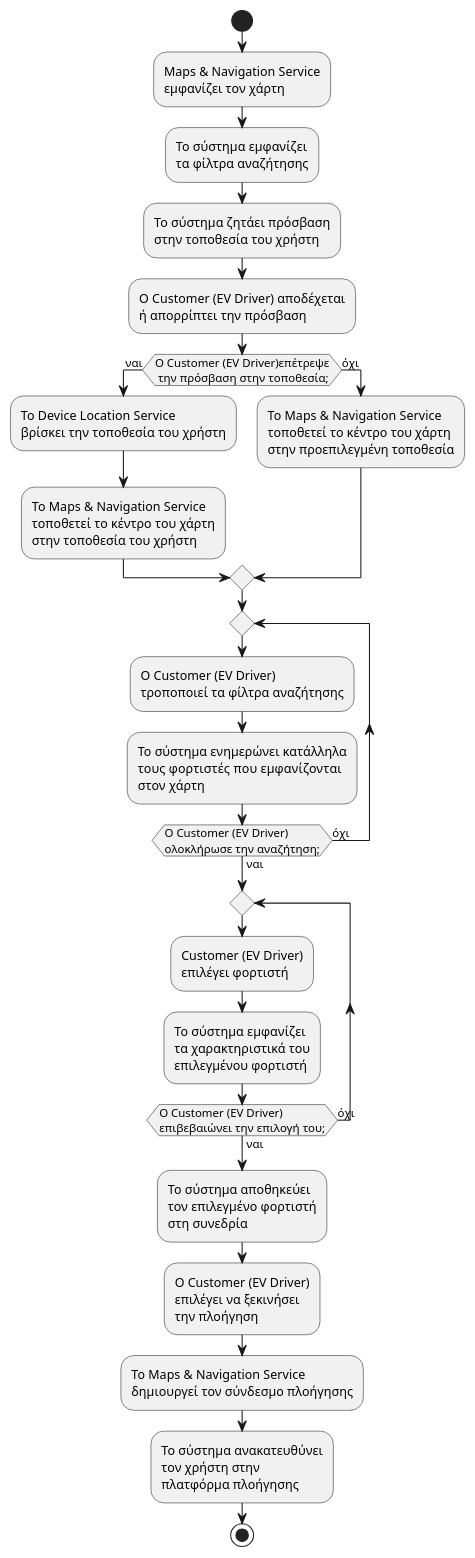
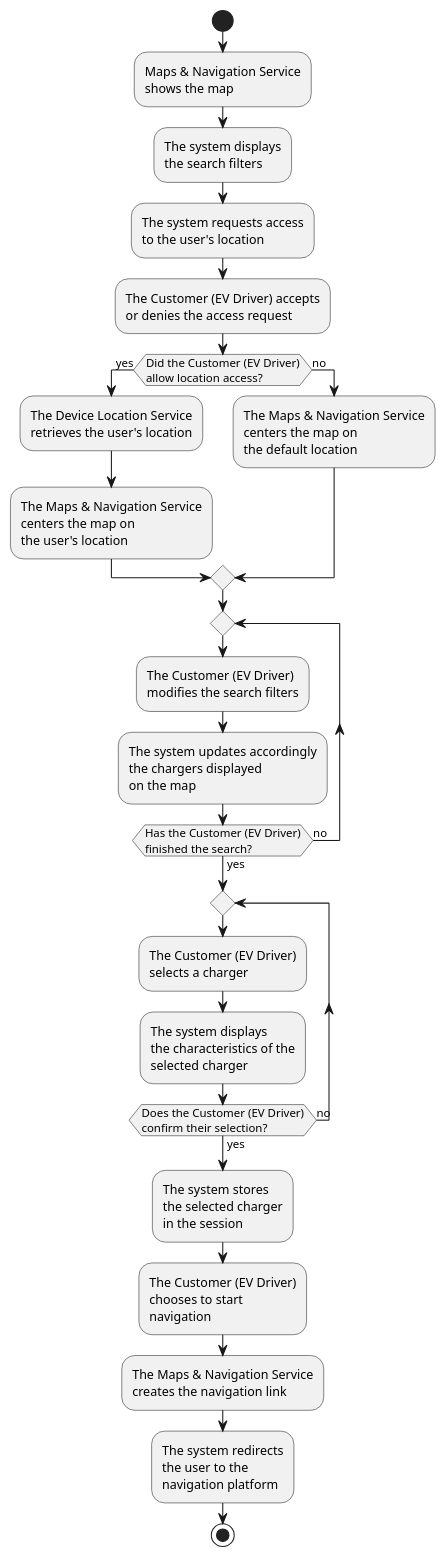
One commit to sotiriskavadakis/softeng25-42 changed the diagram in documentation/plantuml/code/findnav-activity-mainflow.puml. Above: the diagram before and after it, drawn with PlantUML. The commit also changed 2 other files, not shown here.

```diff
--- a/documentation/plantuml/code/findnav-activity-mainflow.puml
+++ b/documentation/plantuml/code/findnav-activity-mainflow.puml
@@ -1,38 +1,37 @@
 @startuml UC-FIND-NAV-main-activity
 
 start
 
-:Maps & Navigation Service\nεμφανίζει τον χάρτη;
-:Το σύστημα εμφανίζει\nτα φίλτρα αναζήτησης;
+:Maps & Navigation Service\nshows the map;
+:The system displays\nthe search filters;
 
-:Το σύστημα ζητάει πρόσβαση\nστην τοποθεσία του χρήστη;
-:Ο Customer (EV Driver) αποδέχεται\nή απορρίπτει την πρόσβαση;
+:The system requests access\nto the user's location;
+:The Customer (EV Driver) accepts\nor denies the access request;
 
-if (Ο Customer (EV Driver)επέτρεψε\n την πρόσβαση στην τοποθεσία;) then (ναι)
-  :Το Device Location Service\nβρίσκει την τοποθεσία του χρήστη;
-  :Το Maps & Navigation Service\nτοποθετεί το κέντρο του χάρτη\nστην τοποθεσία του χρήστη;
-else (όχι)
-  :Το Maps & Navigation Service\nτοποθετεί το κέντρο του χάρτη\nστην προεπιλεγμένη τοποθεσία;
+if (Did the Customer (EV Driver)\nallow location access?) then (yes)
+  :The Device Location Service\nretrieves the user's location;
+  :The Maps & Navigation Service\ncenters the map on\nthe user's location;
+else (no)
+  :The Maps & Navigation Service\ncenters the map on\nthe default location;
 endif
 
 
+repeat
+:The Customer (EV Driver)\nmodifies the search filters;
+:The system updates accordingly\nthe chargers displayed\non the map;
+
+repeat while (Has the Customer (EV Driver)\nfinished the search?) is (no) not (yes)
+
 
 repeat
-:Ο Customer (EV Driver)\nτροποποιεί τα φίλτρα αναζήτησης;
-:Το σύστημα ενημερώνει κατάλληλα\nτους φορτιστές  που εμφανίζονται\nστον χάρτη;
+:The Customer (EV Driver)\nselects a charger;
+:The system displays\nthe characteristics of the\nselected charger;
 
- repeat while (Ο Customer (EV Driver)\nολοκλήρωσε την αναζήτηση;) is (όχι) not (ναι)
-
-repeat
-:Customer (EV Driver)\nεπιλέγει φορτιστή;
-:Το σύστημα εμφανίζει\nτα χαρακτηριστικά του\nεπιλεγμένου φορτιστή;
-
-repeat while (Ο Customer (EV Driver)\nεπιβεβαιώνει την επιλογή του;) is (όχι) not (ναι)
-  :Το σύστημα αποθηκεύει\nτον επιλεγμένο φορτιστή\nστη συνεδρία;
-  :Ο Customer (EV Driver)\nεπιλέγει να ξεκινήσει\nτην πλοήγηση;
-  :Το Maps & Navigation Service\nδημιουργεί τον σύνδεσμο πλοήγησης;
-  :Το σύστημα ανακατευθύνει\nτον χρήστη στην\nπλατφόρμα πλοήγησης;
+repeat while (Does the Customer (EV Driver)\nconfirm their selection?) is (no) not (yes)
+  :The system stores\nthe selected charger\nin the session;
+  :The Customer (EV Driver)\nchooses to start\nnavigation;
+  :The Maps & Navigation Service\ncreates the navigation link;
+  :The system redirects\nthe user to the\nnavigation platform;
   stop
 
-
 @enduml
```
